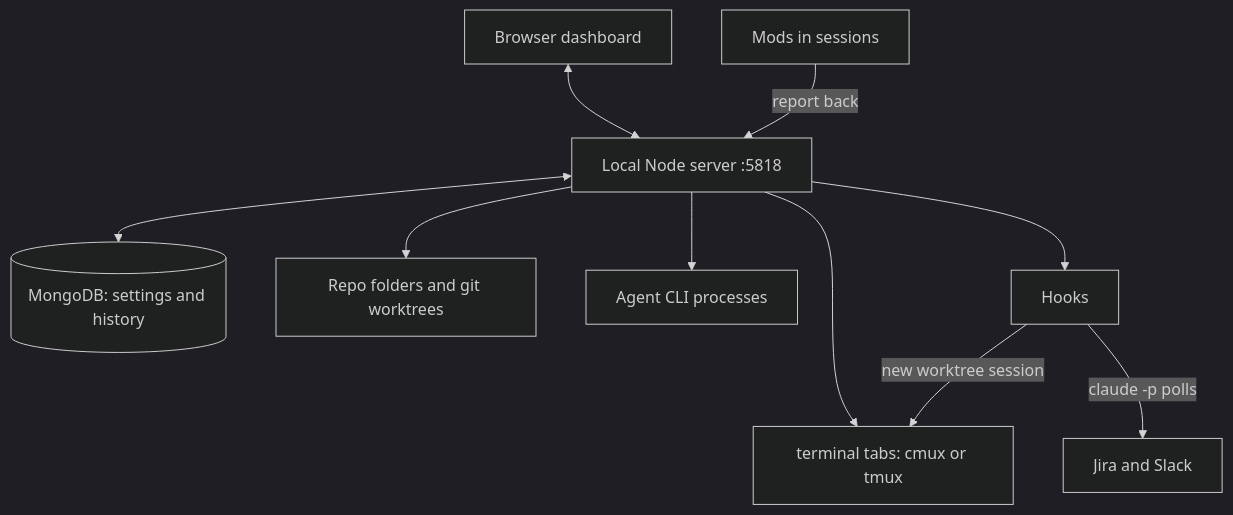
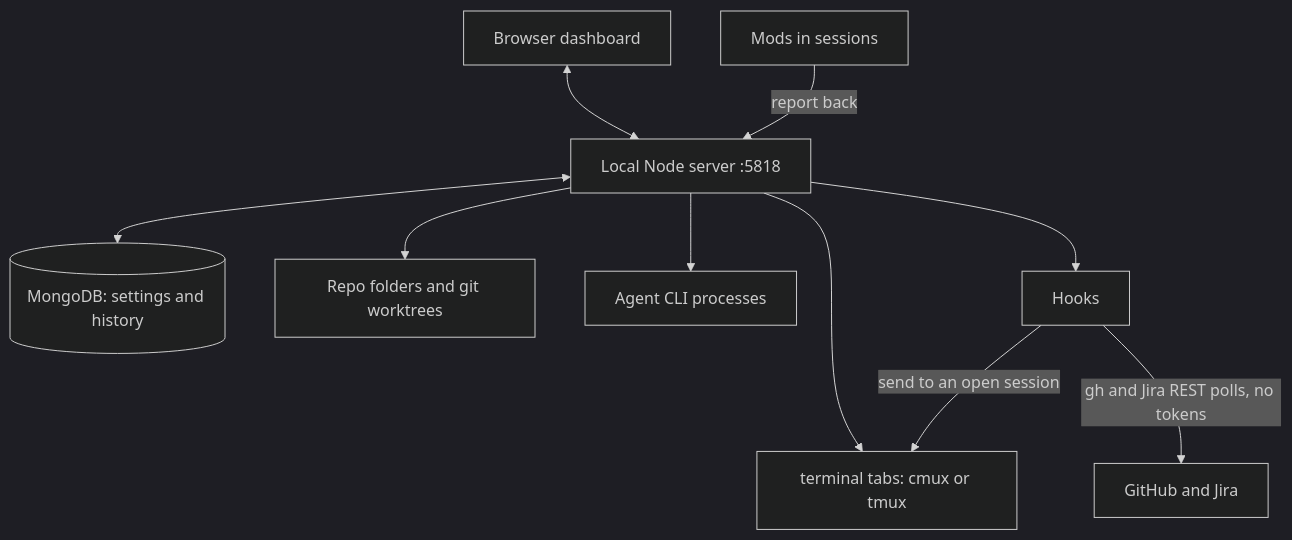
Before and after one commit to snj-adhikari/agent-dashboard: the first of 4 diagrams in README.md, drawn with Mermaid (dark theme). The commit also changed other lines of this file and 19 other files, not shown here.

Commit message:
[TECH] [hooks] Poll with scripts, never spend Claude tokens

````diff
--- a/README.md
+++ b/README.md
@@ -21,12 +21,12 @@
 ```mermaid
 flowchart TD
   B[Browser dashboard] <--> S[Local Node server :5818]
   S <--> M[(MongoDB: settings and history)]
   S --> R[Repo folders and git worktrees]
   S --> T["terminal tabs: cmux or tmux"]
   S --> A[Agent CLI processes]
   S --> H[Hooks]
-  H -->|claude -p polls| J[Jira and Slack]
-  H -->|new worktree session| T
+  H -->|gh and Jira REST polls, no tokens| J[GitHub and Jira]
+  H -->|send to an open session| T
   O[Mods in sessions] -->|report back| S
 ```
````
